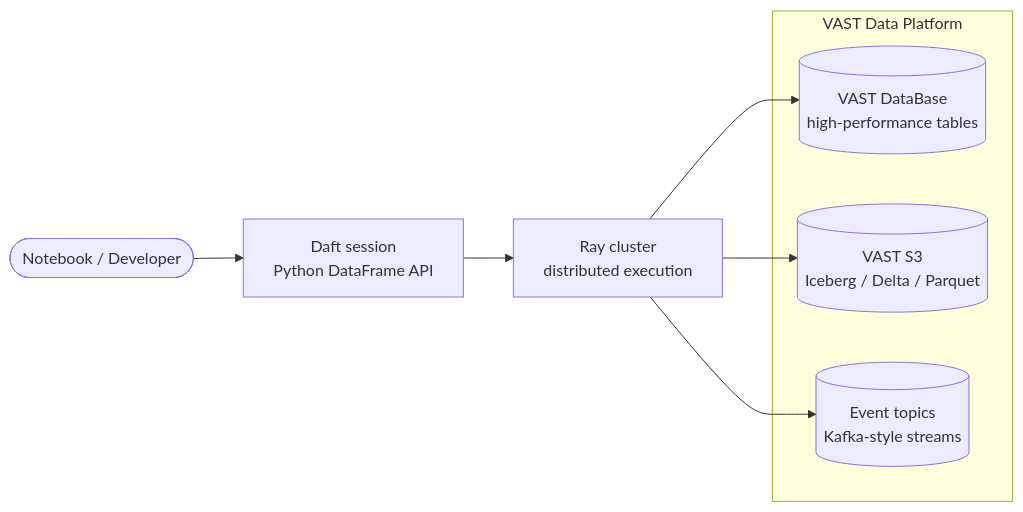
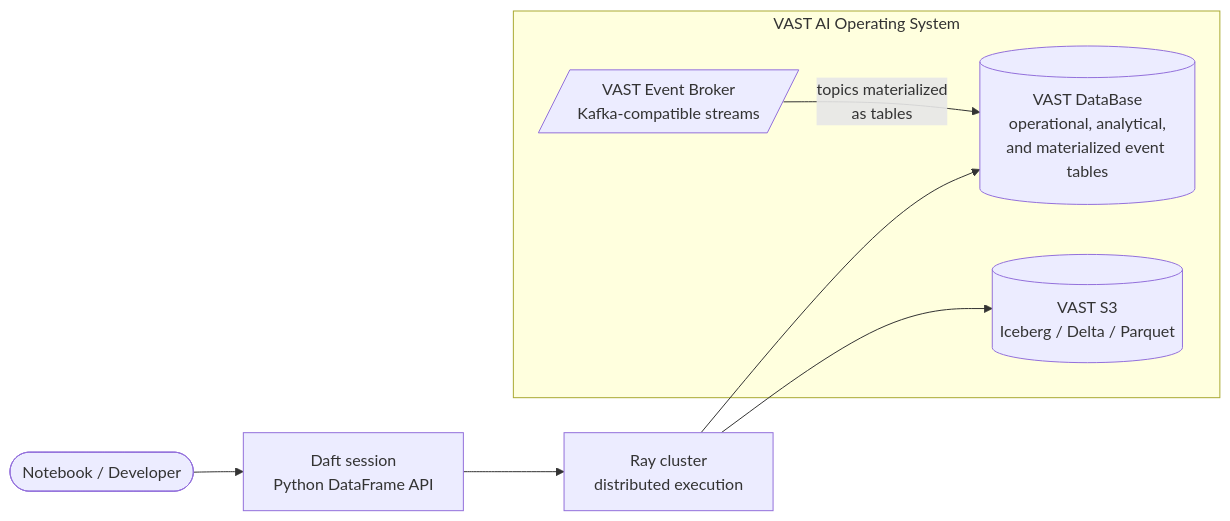
Before and after one commit to vast-data/vast-daft: the diagram in docs/blog/daft-vastdb-iceberg.md, drawn with Mermaid. The commit also changed other lines of this file and 25 other files, not shown here.

````diff
--- a/docs/blog/daft-vastdb-iceberg.md
+++ b/docs/blog/daft-vastdb-iceberg.md
@@ -47,15 +47,15 @@
 ```mermaid
 flowchart LR
     Dev([Notebook / Developer]) --> Daft["Daft session<br/>Python DataFrame API"]
     Daft --> Ray["Ray cluster<br/>distributed execution"]
 
-    subgraph VAST["VAST Data Platform"]
-        DB[("VAST DataBase<br/>high-performance tables")]
+    subgraph VAST["VAST AI Operating System"]
+        EVT[/"VAST Event Broker<br/>Kafka-compatible streams"/]
+        DB[("VAST DataBase<br/>operational, analytical,<br/>and materialized event tables")]
         S3[("VAST S3<br/>Iceberg / Delta / Parquet")]
-        EVT[("Event topics<br/>Kafka-style streams")]
+        EVT -- "topics materialized<br/>as tables" --> DB
     end
 
     Ray --> DB
     Ray --> S3
-    Ray --> EVT
 ```
````
